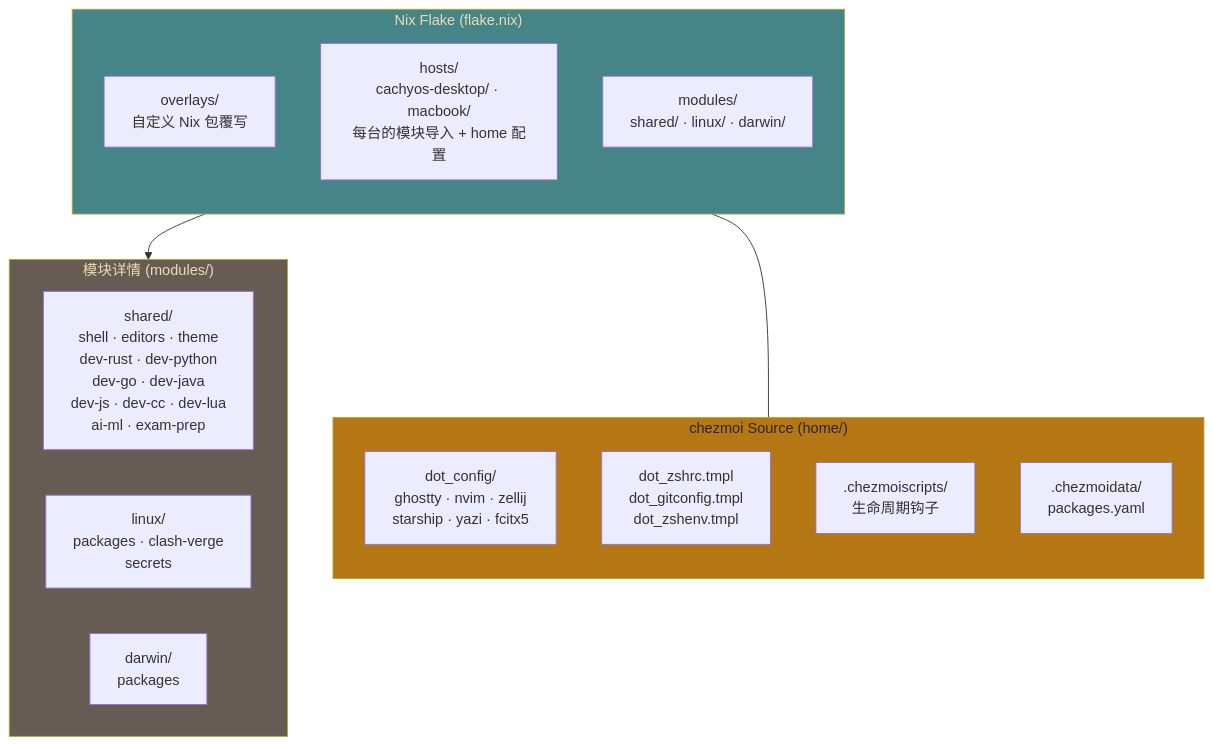
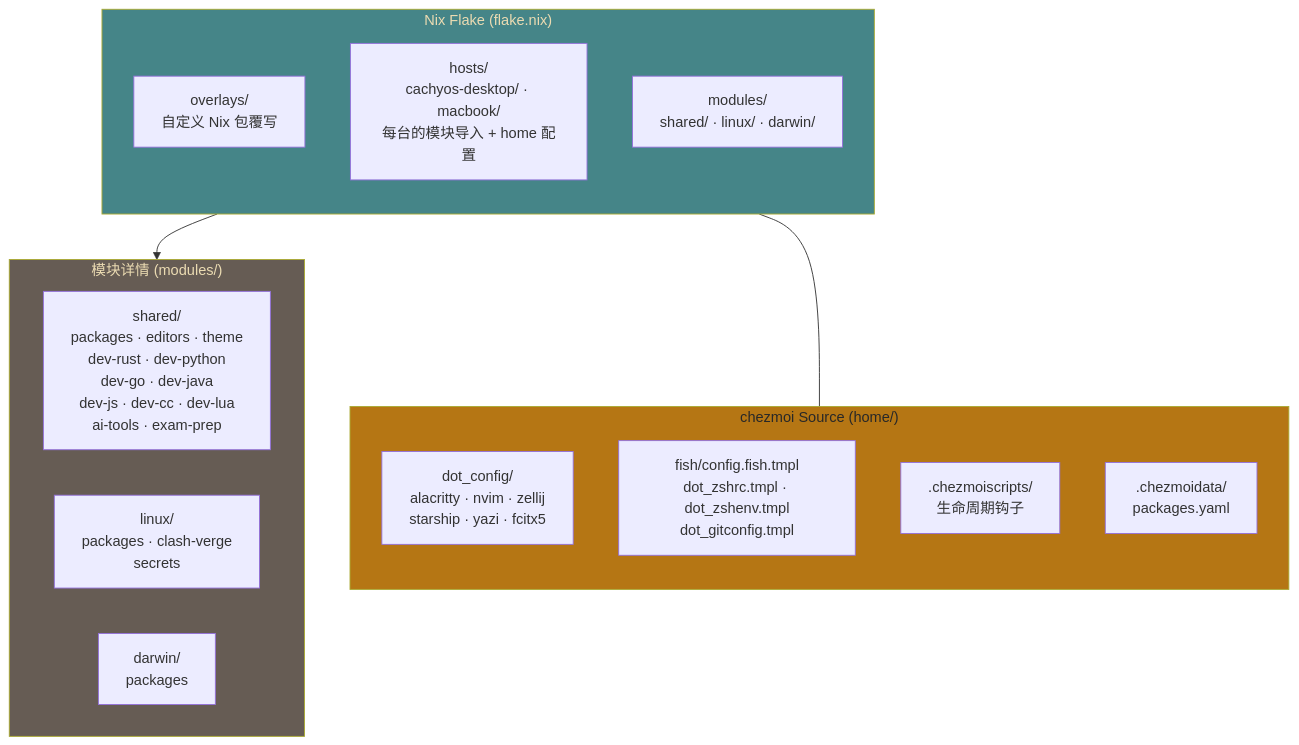
One commit to viryoke/dotfiles changed the third of 8 diagrams in README.md. Above: the diagram before and after it, drawn with Mermaid. The commit also changed other lines of this file and 30 other files, not shown here.

````diff
--- a/README.md
+++ b/README.md
@@ -123,31 +123,31 @@
 ```mermaid
 graph TB
     subgraph flake["Nix Flake (flake.nix)"]
         direction TB
         O["overlays/<br/>自定义 Nix 包覆写"]
         H["hosts/<br/>cachyos-desktop/ · macbook/<br/>每台的模块导入 + home 配置"]
         M["modules/<br/>shared/ · linux/ · darwin/"]
     end
 
     subgraph modules_detail["模块详情 (modules/)"]
         direction LR
-        MS["shared/<br/>shell · editors · theme<br/>dev-rust · dev-python<br/>dev-go · dev-java<br/>dev-js · dev-cc · dev-lua<br/>ai-ml · exam-prep"]
+        MS["shared/<br/>packages · editors · theme<br/>dev-rust · dev-python<br/>dev-go · dev-java<br/>dev-js · dev-cc · dev-lua<br/>ai-tools · exam-prep"]
         ML["linux/<br/>packages · clash-verge<br/>secrets"]
         MD["darwin/<br/>packages"]
     end
 
     subgraph chezmoi_src["chezmoi Source (home/)"]
         direction TB
-        CFG["dot_config/<br/>ghostty · nvim · zellij<br/>starship · yazi · fcitx5"]
-        DOT["dot_zshrc.tmpl<br/>dot_gitconfig.tmpl<br/>dot_zshenv.tmpl"]
+        CFG["dot_config/<br/>alacritty · nvim · zellij<br/>starship · yazi · fcitx5"]
+        DOT["fish/config.fish.tmpl<br/>dot_zshrc.tmpl · dot_zshenv.tmpl<br/>dot_gitconfig.tmpl"]
         SCR[".chezmoiscripts/<br/>生命周期钩子"]
         DAT[".chezmoidata/<br/>packages.yaml"]
     end
 
     M --> modules_detail
     flake --- chezmoi_src
 
     style flake fill:#458588,color:#ebdbb2
     style modules_detail fill:#665c54,color:#ebdbb2
     style chezmoi_src fill:#b57614,color:#282828
 ```
````
